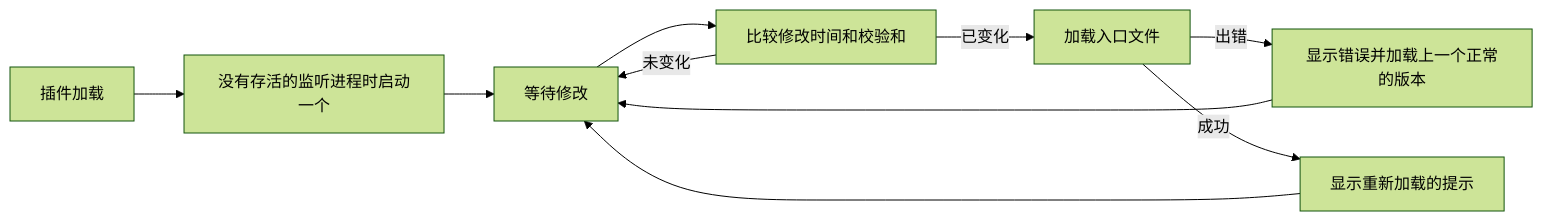
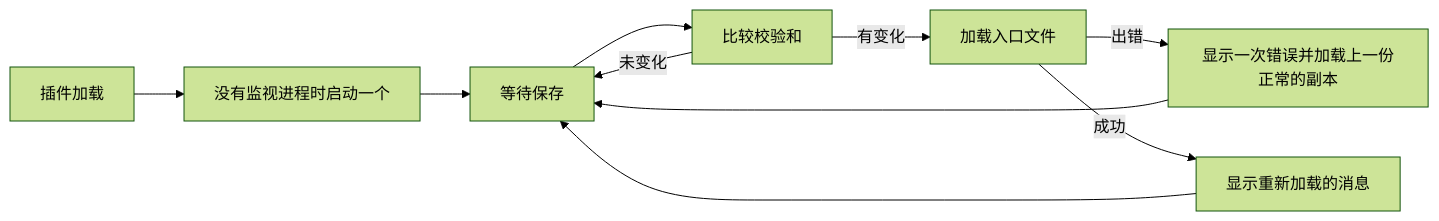
One commit to tmux-revamped/tmux-autoreload-revamped changed the diagram in README.zh-Hans.md. Above: the diagram before and after it, drawn with Mermaid (forest theme). The commit also changed other lines of this file and 152 other files, not shown here.

````diff
--- a/README.zh-Hans.md
+++ b/README.zh-Hans.md
@@ -154,12 +115,12 @@
 ```mermaid
 graph LR
-    Load[插件加载] --> Ensure[没有存活的监听进程时启动一个]
-    Ensure --> Wait[等待修改]
-    Wait --> Diff[比较修改时间和校验和]
+    Load[插件加载] --> Ensure[没有监视进程时启动一个]
+    Ensure --> Wait[等待保存]
+    Wait --> Diff[比较校验和]
     Diff -->|未变化| Wait
-    Diff -->|已变化| Source[加载入口文件]
-    Source -->|出错| Rollback[显示错误并加载上一个正常的版本]
-    Source -->|成功| Announce[显示重新加载的提示]
+    Diff -->|有变化| Source[加载入口文件]
+    Source -->|出错| Rollback[显示一次错误并加载上一份正常的副本]
+    Source -->|成功| Announce[显示重新加载的消息]
     Rollback --> Wait
     Announce --> Wait
 ```
````
